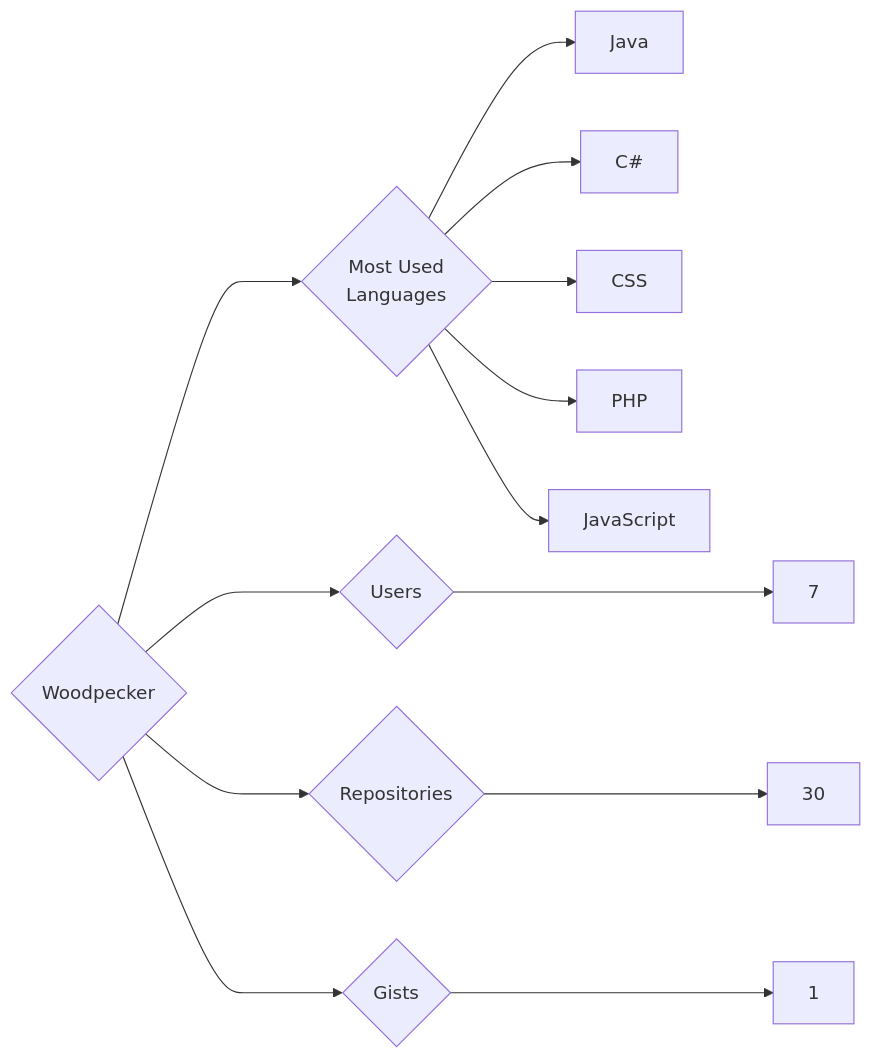
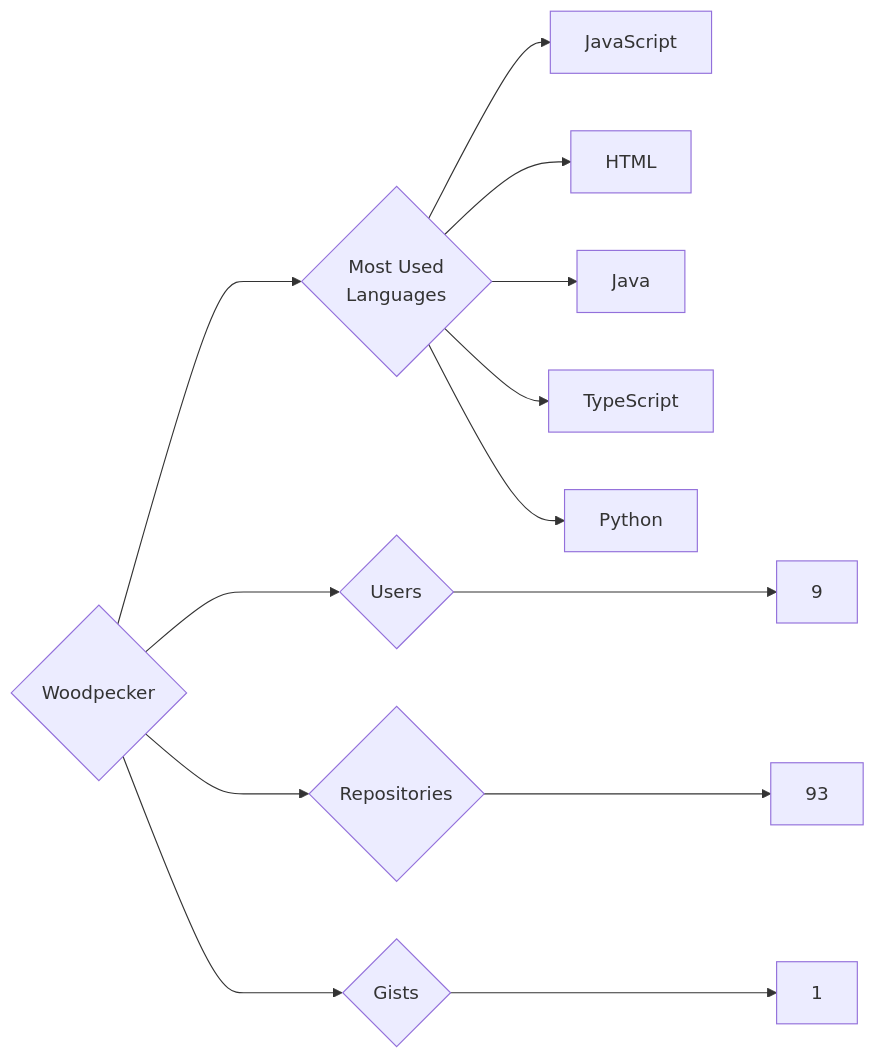
The diagram in targets/Woodpecker/README.md (trickest/insiders), drawn with Mermaid before and after one commit. The commit also changed 886 other files, not shown here.

````diff
--- a/targets/Woodpecker/README.md
+++ b/targets/Woodpecker/README.md
@@ -3,13 +3,13 @@
 ```mermaid
 graph LR
 COMPANY_NAME{Woodpecker}
-COMPANY_NAME ---> U{Users} ---> UN[7]
-COMPANY_NAME ---> R{Repositories} ---> RN[30]
+COMPANY_NAME ---> U{Users} ---> UN[9]
+COMPANY_NAME ---> R{Repositories} ---> RN[93]
 COMPANY_NAME ---> G{Gists} ---> GN[1]
 COMPANY_NAME ---> ML{Most Used<br>Languages}
+ML --> JavaScript[JavaScript]
+ML --> HTML[HTML]
 ML --> Java[Java]
-ML --> C#[C#]
-ML --> CSS[CSS]
-ML --> PHP[PHP]
-ML --> JavaScript[JavaScript]
+ML --> TypeScript[TypeScript]
+ML --> Python[Python]
 ```
````
